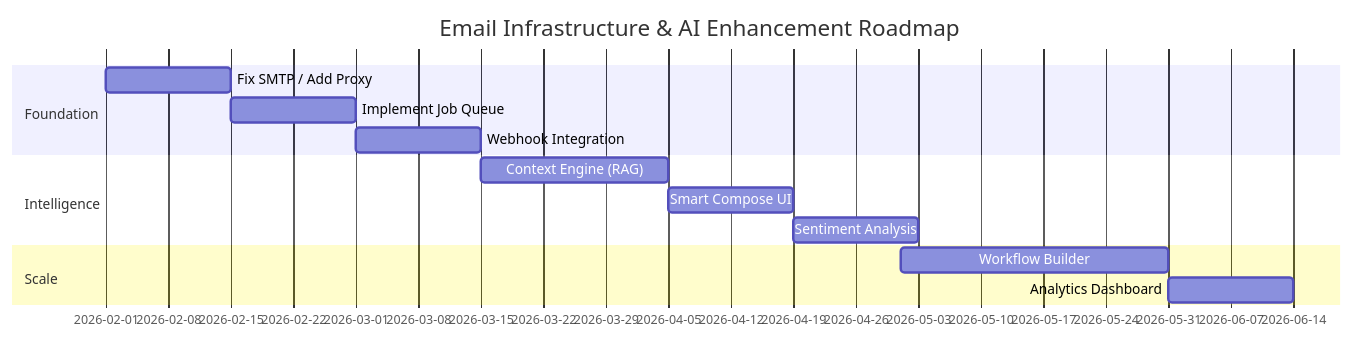
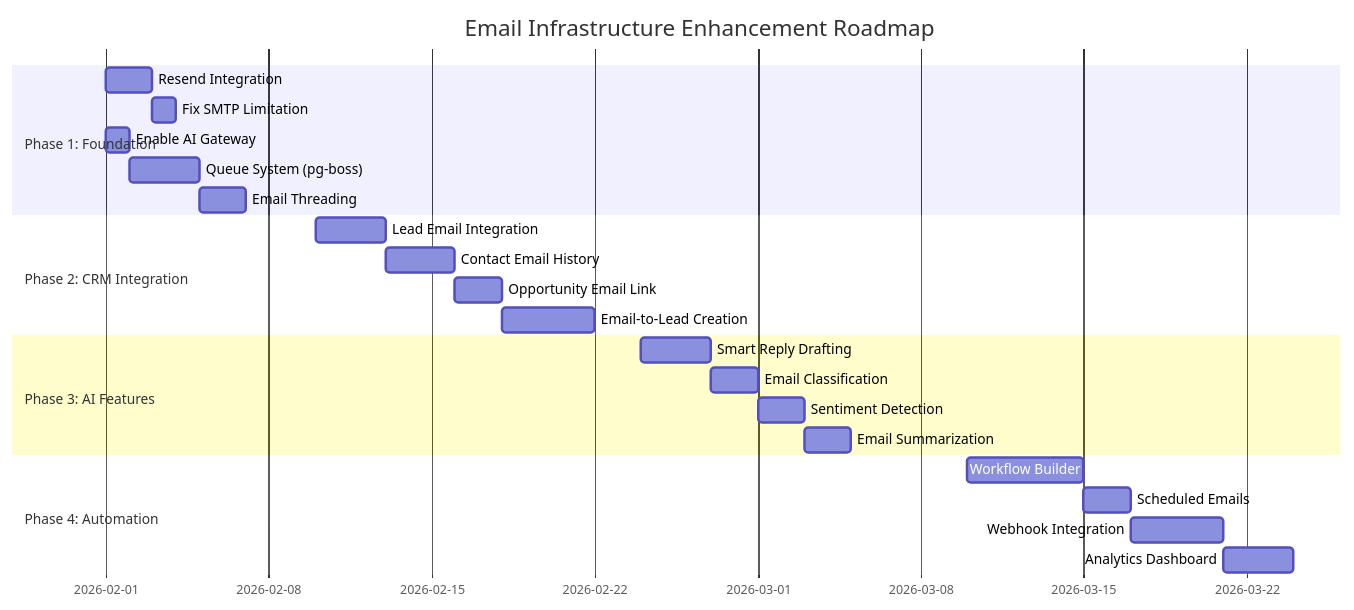
One commit to vageesha-vaishya/logic-nexus-ai changed the diagram in documentation/EMAIL_INFRASTRUCTURE_ANALYSIS.md. Above: the diagram before and after it, drawn with Mermaid. The commit also changed other lines of this file, not shown here.

````diff
--- a/documentation/EMAIL_INFRASTRUCTURE_ANALYSIS.md
+++ b/documentation/EMAIL_INFRASTRUCTURE_ANALYSIS.md
@@ -100,16 +493,30 @@
 ```mermaid
 gantt
-    title Email Infrastructure & AI Enhancement Roadmap
+    title Email Infrastructure Enhancement Roadmap
     dateFormat  YYYY-MM-DD
-    section Foundation
-    Fix SMTP / Add Proxy        :a1, 2026-02-01, 14d
-    Implement Job Queue         :a2, after a1, 14d
-    Webhook Integration         :a3, after a2, 14d
-    section Intelligence
-    Context Engine (RAG)        :b1, 2026-03-15, 21d
-    Smart Compose UI            :b2, after b1, 14d
-    Sentiment Analysis          :b3, after b2, 14d
-    section Scale
-    Workflow Builder            :c1, 2026-05-01, 30d
-    Analytics Dashboard         :c2, after c1, 14d
+    
+    section Phase 1: Foundation
+    Resend Integration           :p1a, 2026-02-01, 2d
+    Fix SMTP Limitation          :p1b, after p1a, 1d
+    Enable AI Gateway            :p1c, 2026-02-01, 1d
+    Queue System (pg-boss)       :p1d, after p1c, 3d
+    Email Threading              :p1e, after p1d, 2d
+    
+    section Phase 2: CRM Integration
+    Lead Email Integration       :p2a, 2026-02-10, 3d
+    Contact Email History        :p2b, after p2a, 3d
+    Opportunity Email Link       :p2c, after p2b, 2d
+    Email-to-Lead Creation       :p2d, after p2c, 4d
+    
+    section Phase 3: AI Features
+    Smart Reply Drafting         :p3a, 2026-02-24, 3d
+    Email Classification         :p3b, after p3a, 2d
+    Sentiment Detection          :p3c, after p3b, 2d
+    Email Summarization          :p3d, after p3c, 2d
+    
+    section Phase 4: Automation
+    Workflow Builder             :p4a, 2026-03-10, 5d
+    Scheduled Emails             :p4b, after p4a, 2d
+    Webhook Integration          :p4c, after p4b, 4d
+    Analytics Dashboard          :p4d, after p4c, 3d
 ```
````
